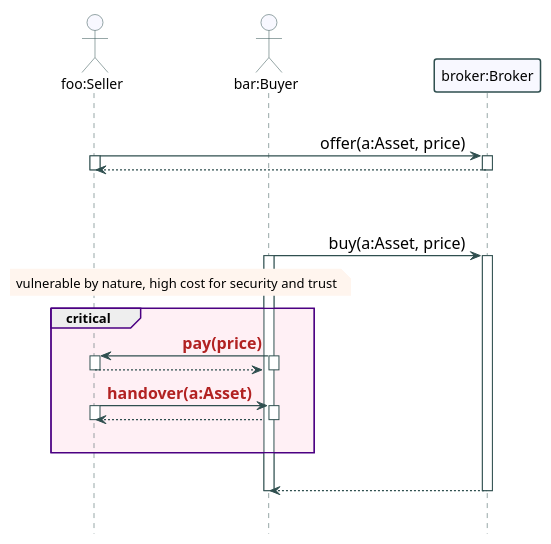
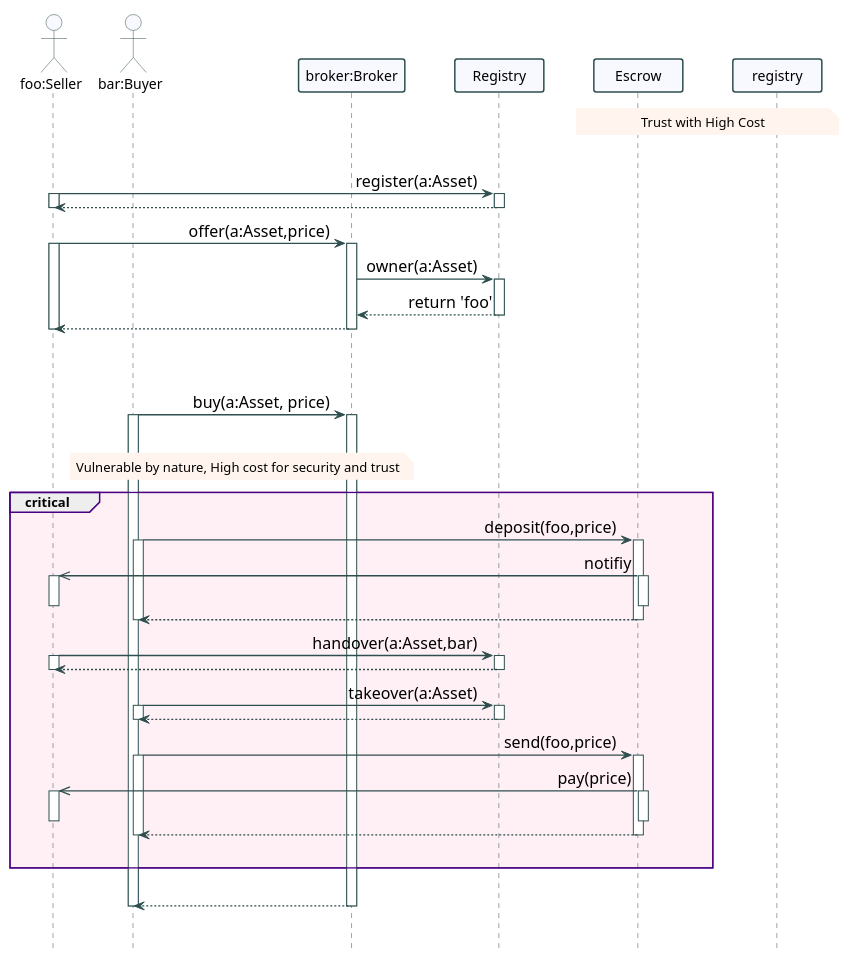
One commit to 3rdstage/models changed the diagram in smart-contracts/token/erc-721-trade-legacy.plantuml. Above: the diagram before and after it, drawn with PlantUML. The commit also changed 3 other files, not shown here.

```diff
--- a/smart-contracts/token/erc-721-trade-legacy.plantuml
+++ b/smart-contracts/token/erc-721-trade-legacy.plantuml
@@ -1,102 +1,132 @@
 @startuml
 
 ' Trading NFT
 
 ' https://plantuml.com/class-diagram
 ' https://plantuml.com/sequence-diagram
 ' https://plantuml-documentation.readthedocs.io/en/latest/formatting/all-skin-params.html
 ' https://plantuml-documentation.readthedocs.io/en/latest/formatting/all-skin-params.html#class
 ' https://www.w3schools.com/colors/colors_names.asp
 
 skinparam {
   'DefaultFontName Consolas
   DefaultFontName Monaco
   'DefaultFontName Lucida Console
   'DefaultMonospacedFontName Consolas
   'DefaultFontStyle bold
 
   BackgroundColor transparent  
   PageMargin 10
   BoxPadding 100
   ParticipantPadding 20
 
   ArrowFontSize 16
   ArrowThickness 1
   MinClassWidth 75
   ClassFontStyle bold
   
   NoteBackgroundColor SeaShell
   NoteBorderColor transparent
   NoteShadowing false
 }
 
 skinparam Sequence{
   DividerBorderThickness 1.5
   ReferenceBorderThickness 1.5
   MessageAlignment right
 
   ArrowColor DarkSlateGray
   ArrowThickness 1.3
   LifeLineBorderColor DarkSlateGray
   LifeLineBorderThickness 1.3
 
   ActorBorderColor DarkSlateGray
   ActorBackgroundColor GhostWhite
   ParticipantBorderColor DarkSlateGray
   ParticipantBorderThickness 1.5
   ParticipantBackgroundColor GhostWhite
 
   BoxBackgroundColor transparent
   BoxBorderColor transparent
   
   GroupBorderThickness 1.3
   GroupBorderColor Indigo
   GroupBodyBackgroundColor LavenderBlush
 }
 
 skinparam Group{
   BorderThickness 1.3
   BorderShadowing true
 }
 
 hide Circle
 hide Footbox
 
 box
 Actor "foo:Seller" as seller
 Actor "bar:Buyer" as buyer
 end box
 Participant "broker:Broker" as broker
+Participant "Registry" as reg
+Participant "Escrow" as escrow
+
+note over registry, escrow : Trust with High Cost
 
 ||| 
 
-seller -> broker ++ : offer(a:Asset, price)
+seller -> reg ++ : register(a:Asset)
 seller ++
+  seller <-- reg --
+seller --
+seller -> broker ++ : offer(a:Asset,price)
+seller ++
+  broker -> reg ++ : owner(a:Asset)
+  broker <-- reg -- : return 'foo'
   seller <-- broker -- 
 seller --
 
 |||
 |||
 
 buyer -> broker ++ : buy(a:Asset, price)
 buyer ++
-  note over seller, buyer : vulnerable by nature, high cost for security and trust
+  |||
+  note over buyer, broker : Vulnerable by nature, High cost for security and trust
   group critical
-    buyer -> seller ++ : <color FireBrick>**pay(price)**</color>
+    buyer -> escrow ++ : deposit(foo,price)
     buyer ++
-    buyer <-- seller --
+      seller <<- escrow ++ : notifiy
+      escrow ++
+      seller --
+      escrow --
+    buyer <-- escrow -- :
     buyer --
-  
-    seller -> buyer ++ : <color FireBrick>**handover(a:Asset)**</color>
+    
+    seller -> reg ++ : handover(a:Asset,bar)
     seller ++
-    seller <-- buyer --
+    seller <-- reg --
     seller --
+
+    buyer -> reg ++ : takeover(a:Asset)
+    buyer ++
+    buyer <-- reg --
+    buyer --
+    
+    buyer -> escrow ++ : send(foo,price)
+    buyer ++
+      seller <<- escrow ++ : pay(price)
+      escrow ++
+      seller --
+      escrow --
+      
+    buyer <-- escrow --
+    buyer --
     |||
   end
   |||
   buyer <-- broker --
 buyer --
 
 |||
 
 @enduml
```
